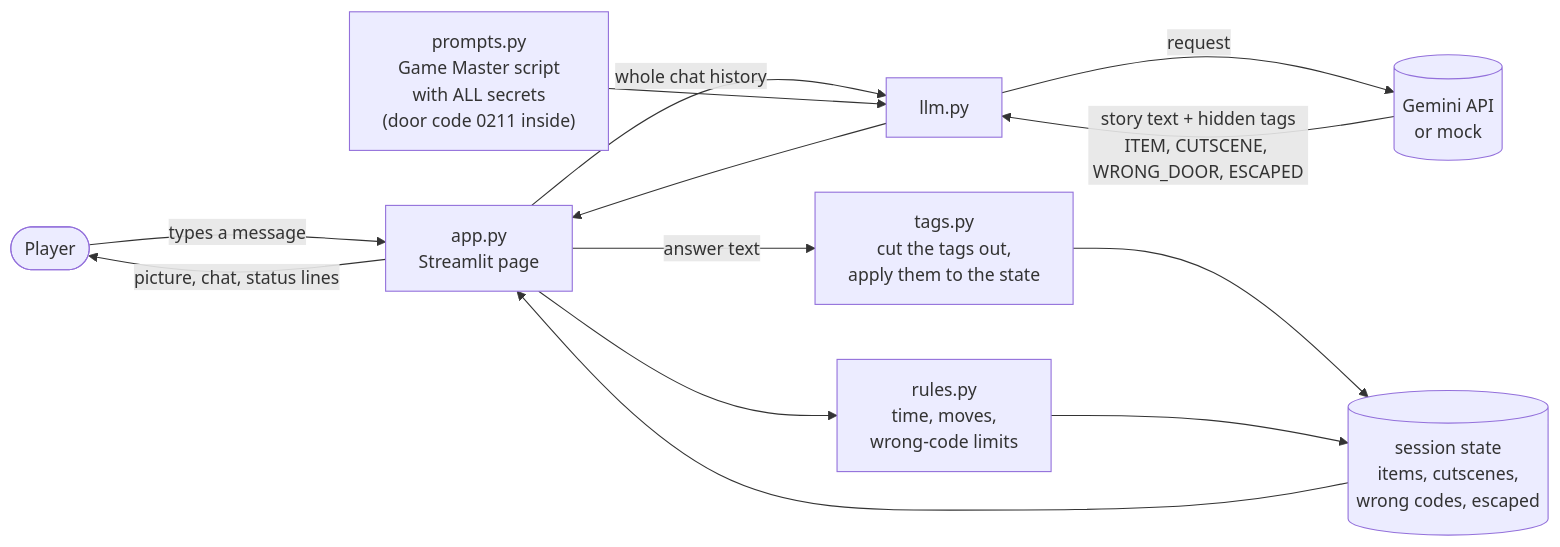
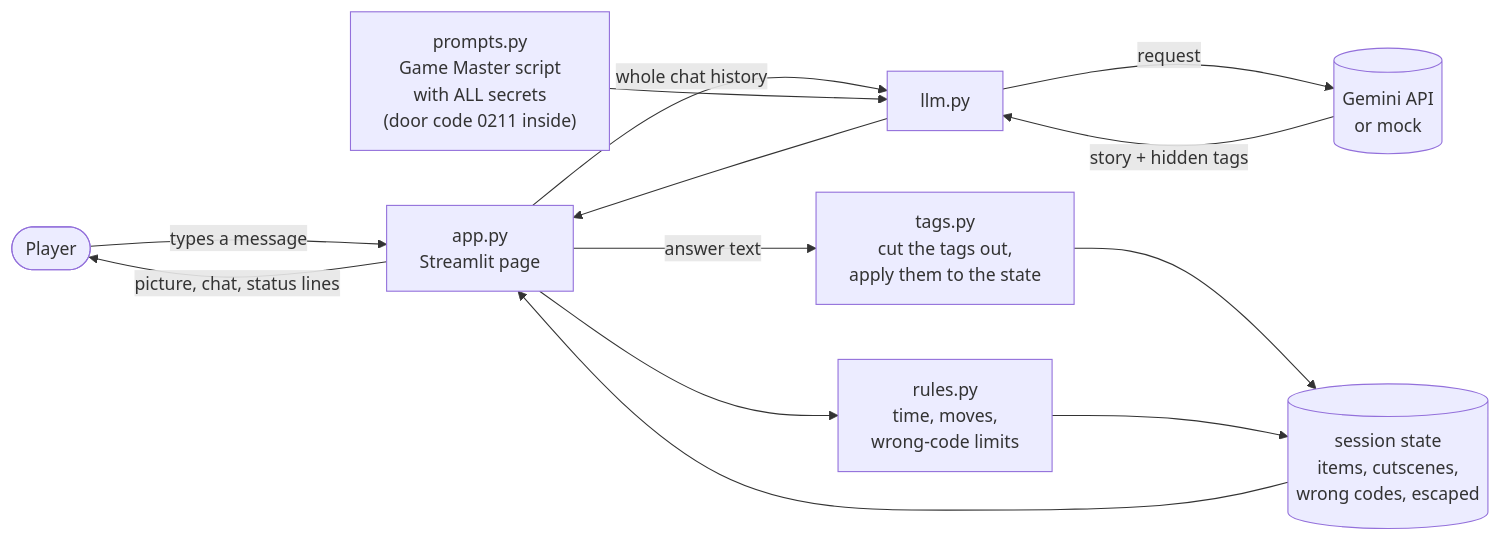
Before and after one commit to yadatdtn-ctrl/AI-Escape-Room: the first of 2 diagrams in README.md, drawn with Mermaid. The commit also changed other lines of this file and 10 other files, not shown here.

````diff
--- a/README.md
+++ b/README.md
@@ -56,15 +56,15 @@
 ```mermaid
 flowchart LR
     P(["Player"]) -->|"types a message"| A["app.py<br/>Streamlit page"]
     A -->|"whole chat history"| L["llm.py"]
     S["prompts.py<br/>Game Master script<br/>with ALL secrets<br/>(door code 0211 inside)"] --> L
     L -->|"request"| G[("Gemini API<br/>or mock")]
-    G -->|"story text + hidden tags<br/>ITEM, CUTSCENE, WRONG_DOOR, ESCAPED"| L
+    G -->|"story + hidden tags"| L
     L --> A
     A -->|"answer text"| T["tags.py<br/>cut the tags out,<br/>apply them to the state"]
     T --> ST[("session state<br/>items, cutscenes,<br/>wrong codes, escaped")]
     A --> R["rules.py<br/>time, moves,<br/>wrong-code limits"]
     R --> ST
     ST --> A
     A -->|"picture, chat, status lines"| P
 ```
````
